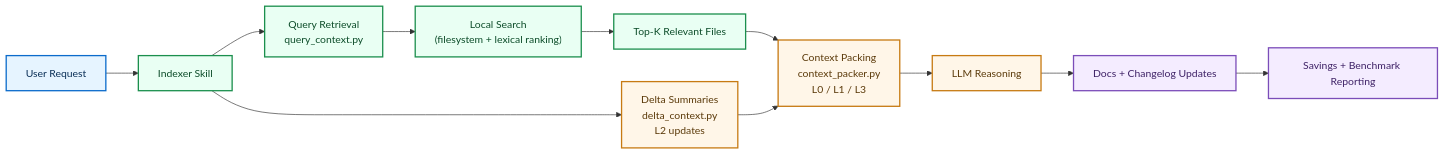
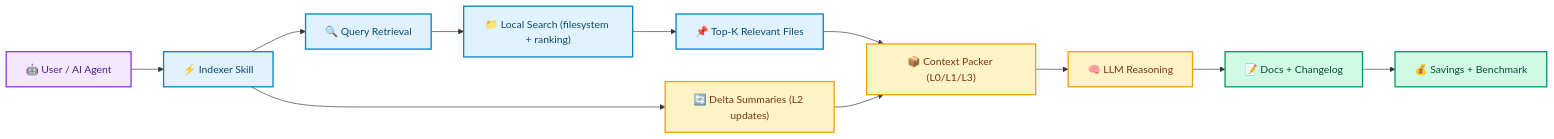
The first of 2 diagrams in README.md (Elvis020/codebase-indexer), drawn with Mermaid before and after one commit. The commit also changed other lines of this file and 1 other file, not shown here.

````diff
--- a/README.md
+++ b/README.md
@@ -135,23 +155,23 @@
 ```mermaid
 flowchart LR
-    U["User Request"] --> A["Indexer Skill"]
-    A --> Q["Query Retrieval\nquery_context.py"]
-    Q --> L["Local Search\n(filesystem + lexical ranking)"]
-    L --> K["Top-K Relevant Files"]
-    K --> P["Context Packing\ncontext_packer.py\nL0 / L1 / L3"]
-    A --> D["Delta Summaries\ndelta_context.py\nL2 updates"]
+    U["🤖 User / AI Agent"] --> A["⚡ Indexer Skill"]
+    A --> Q["🔍 Query Retrieval"]
+    Q --> L["📁 Local Search (filesystem + ranking)"]
+    L --> K["📌 Top-K Relevant Files"]
+    K --> P["📦 Context Packer (L0/L1/L3)"]
+    A --> D["🔄 Delta Summaries (L2 updates)"]
     D --> P
-    P --> M["LLM Reasoning"]
-    M --> O["Docs + Changelog Updates"]
-    O --> S["Savings + Benchmark Reporting"]
+    P --> M["🧠 LLM Reasoning"]
+    M --> O["📝 Docs + Changelog"]
+    O --> S["💰 Savings + Benchmark"]
 
-    classDef input fill:#E6F4FF,stroke:#0B6BCB,color:#0A2F57,stroke-width:2px;
-    classDef retrieve fill:#E9FFF3,stroke:#1B8F4D,color:#0D4D2A,stroke-width:2px;
-    classDef process fill:#FFF6E8,stroke:#C77A12,color:#5B3A0A,stroke-width:2px;
-    classDef output fill:#F4ECFF,stroke:#7B4DB9,color:#3E2266,stroke-width:2px;
+    classDef input fill:#F3E8FF,stroke:#9333EA,color:#581C87,stroke-width:2px;
+    classDef retrieve fill:#E0F2FE,stroke:#0284C7,color:#0C4A6E,stroke-width:2px;
+    classDef process fill:#FEF3C7,stroke:#F59E0B,color:#78350F,stroke-width:2px;
+    classDef output fill:#D1FAE5,stroke:#059669,color:#064E3B,stroke-width:2px;
 
     class U input;
     class A,Q,L,K retrieve;
     class D,P,M process;
     class O,S output;
 ```
````
